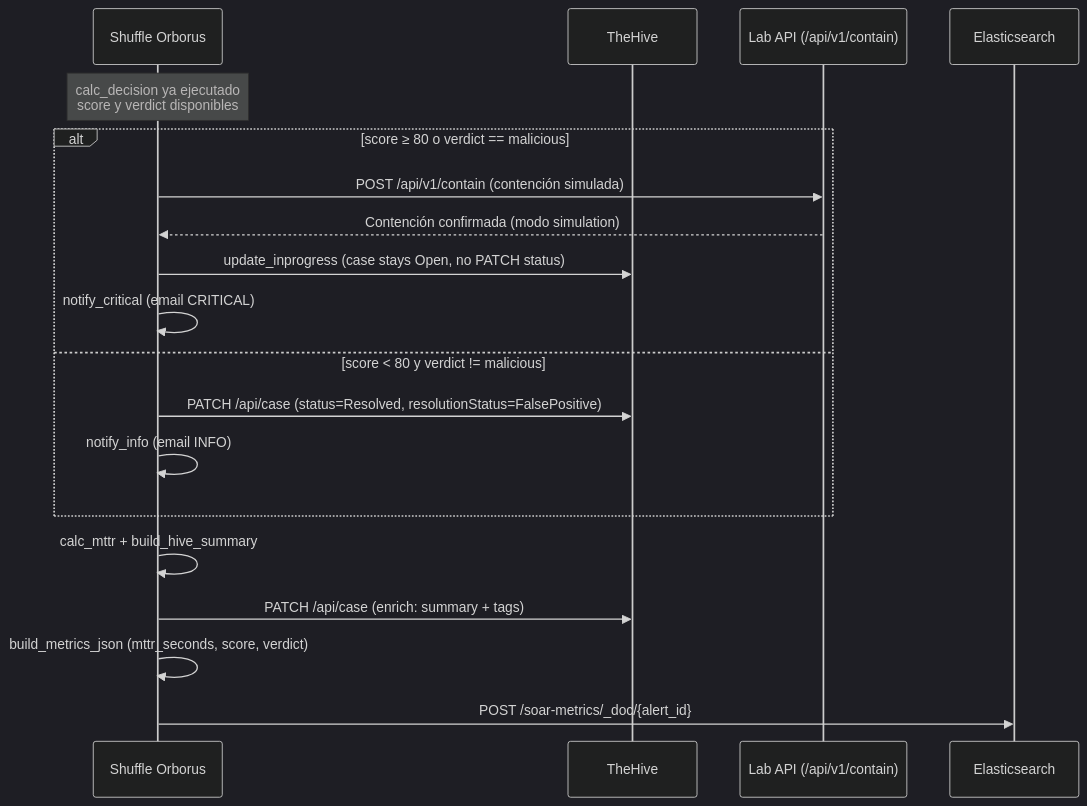
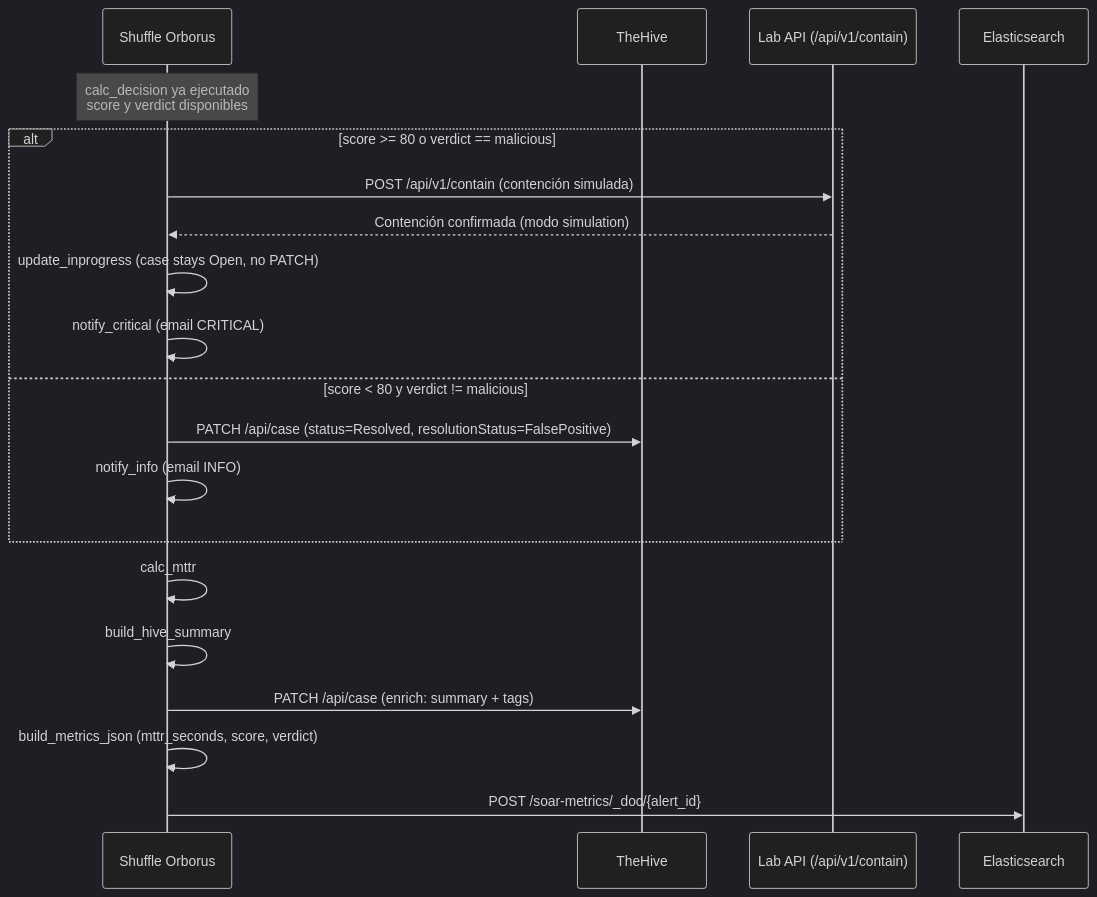
One commit to alesanfe/soar-ransomware-lab changed the seventh of 12 diagrams in docs/thesis/appendix_f.md. Above: the diagram before and after it, drawn with Mermaid (dark theme).

First paragraph of the commit message:
fix(thesis): F.7 - 3 correcciones de consistencia con F.5 y F.6
Verificacion contra workflow_actions.py:896-907 (branches post-decision)
y los scripts: containment.py, update_inprogress.py, notify_critical.py,
notify_info.py, calc_mttr.py, build_hive_summary.py, build_metrics_json.py.

````diff
--- a/docs/thesis/appendix_f.md
+++ b/docs/thesis/appendix_f.md
@@ -365,22 +365,23 @@
 ```mermaid
 sequenceDiagram
  participant Shuffle as Shuffle Orborus
  participant TheHive as TheHive
  participant API as Lab API (/api/v1/contain)
  participant ES as Elasticsearch
 
  Note over Shuffle: calc_decision ya ejecutado<br/>score y verdict disponibles
- alt score ≥ 80 o verdict == malicious
+ alt score >= 80 o verdict == malicious
  Shuffle->>API: POST /api/v1/contain (contención simulada)
  API-->>Shuffle: Contención confirmada (modo simulation)
- Shuffle->>TheHive: update_inprogress (case stays Open, no PATCH status)
+ Shuffle->>Shuffle: update_inprogress (case stays Open, no PATCH)
  Shuffle->>Shuffle: notify_critical (email CRITICAL)
  else score < 80 y verdict != malicious
  Shuffle->>TheHive: PATCH /api/case (status=Resolved, resolutionStatus=FalsePositive)
  Shuffle->>Shuffle: notify_info (email INFO)
  end
- Shuffle->>Shuffle: calc_mttr + build_hive_summary
+ Shuffle->>Shuffle: calc_mttr
+ Shuffle->>Shuffle: build_hive_summary
  Shuffle->>TheHive: PATCH /api/case (enrich: summary + tags)
  Shuffle->>Shuffle: build_metrics_json (mttr_seconds, score, verdict)
  Shuffle->>ES: POST /soar-metrics/_doc/{alert_id}
 ```
````
